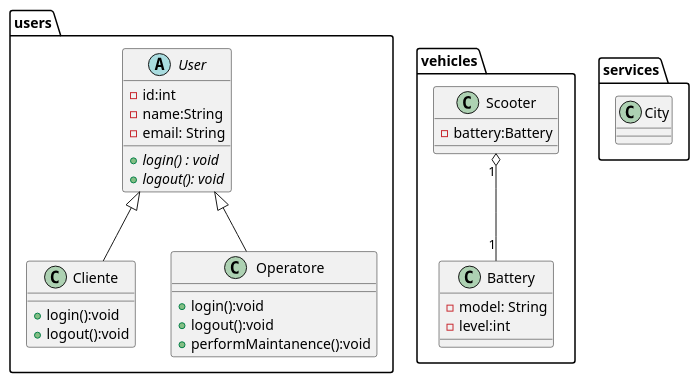
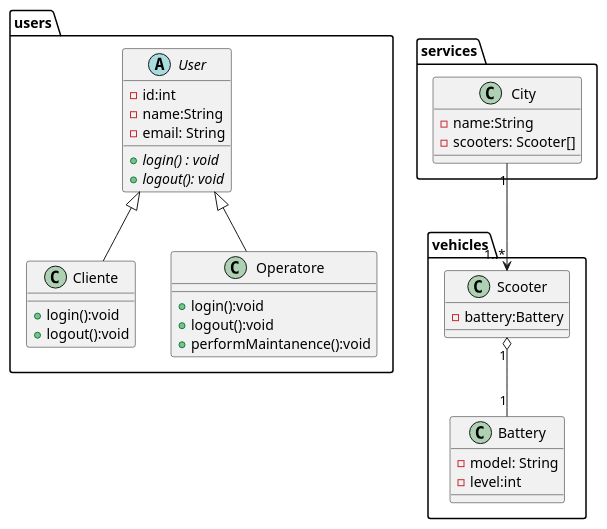
The diagram in uml/src/CD/RentalService.puml (itsNikk/2526-4BI), drawn with PlantUML before and after one commit. The commit also changed 3 other files, not shown here.

```diff
--- a/uml/src/CD/RentalService.puml
+++ b/uml/src/CD/RentalService.puml
@@ -1,46 +1,51 @@
 @startuml
 package users {
     abstract class User {
         -id:int
         -name:String
         -email: String
         + {abstract} login() : void
         + {abstract} logout(): void
     }
     class Cliente {
         +login():void
         +logout():void
     }
     class Operatore {
         +login():void
         +logout():void
         +performMaintanence():void
     }
 }
 
 package vehicles{
     class Battery{
         -model: String
         -level:int
 
     }
     class Scooter {
         -battery:Battery
     }
 }
 
 package services {
-    class City{}
+    class City{
+        -name:String
+        -scooters: Scooter[]
+    }
 
 }
 
 User <|-- Cliente
 User <|-- Operatore
 
 '' Aggregazione (rel. has-a)
     '' contenuto esiste anche senza il contenitore
 '' Composizione (rel has-a)
     '' in contento NON esiste senza il contenitore
 Scooter "1" o-- "1" Battery
 
+City "1" --> "1..*" Scooter
+
 @enduml
```
